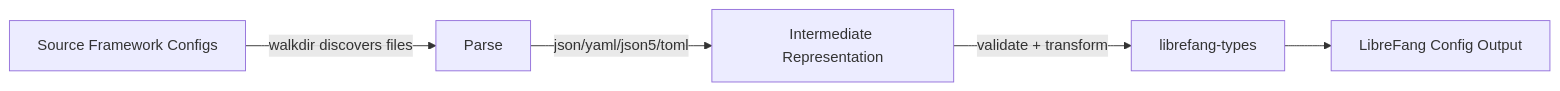
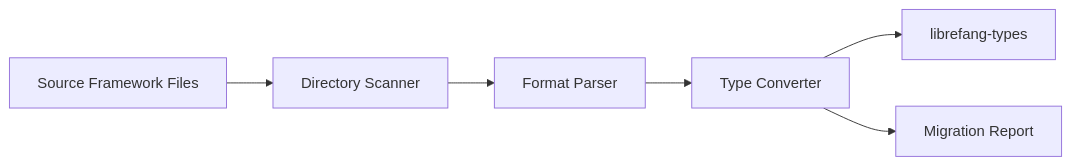
The diagram in other-librefang-migrate.md (leszek3737/librefang-WIki), drawn with Mermaid before and after one commit. The commit also changed other lines of this file and 119 other files, not shown here.

````diff
--- a/other-librefang-migrate.md
+++ b/other-librefang-migrate.md
@@ -33,7 +33,8 @@
 ```mermaid
 flowchart LR
-    A[Source Framework Configs] -->|walkdir discovers files| B[Parse]
-    B -->|json/yaml/json5/toml| C[Intermediate Representation]
-    C -->|validate + transform| D[librefang-types]
-    D --> E[LibreFang Config Output]
+    A[Source Framework Files] --> B[Directory Scanner]
+    B --> C[Format Parser]
+    C --> D[Type Converter]
+    D --> E[librefang-types]
+    D --> F[Migration Report]
 ```
````
